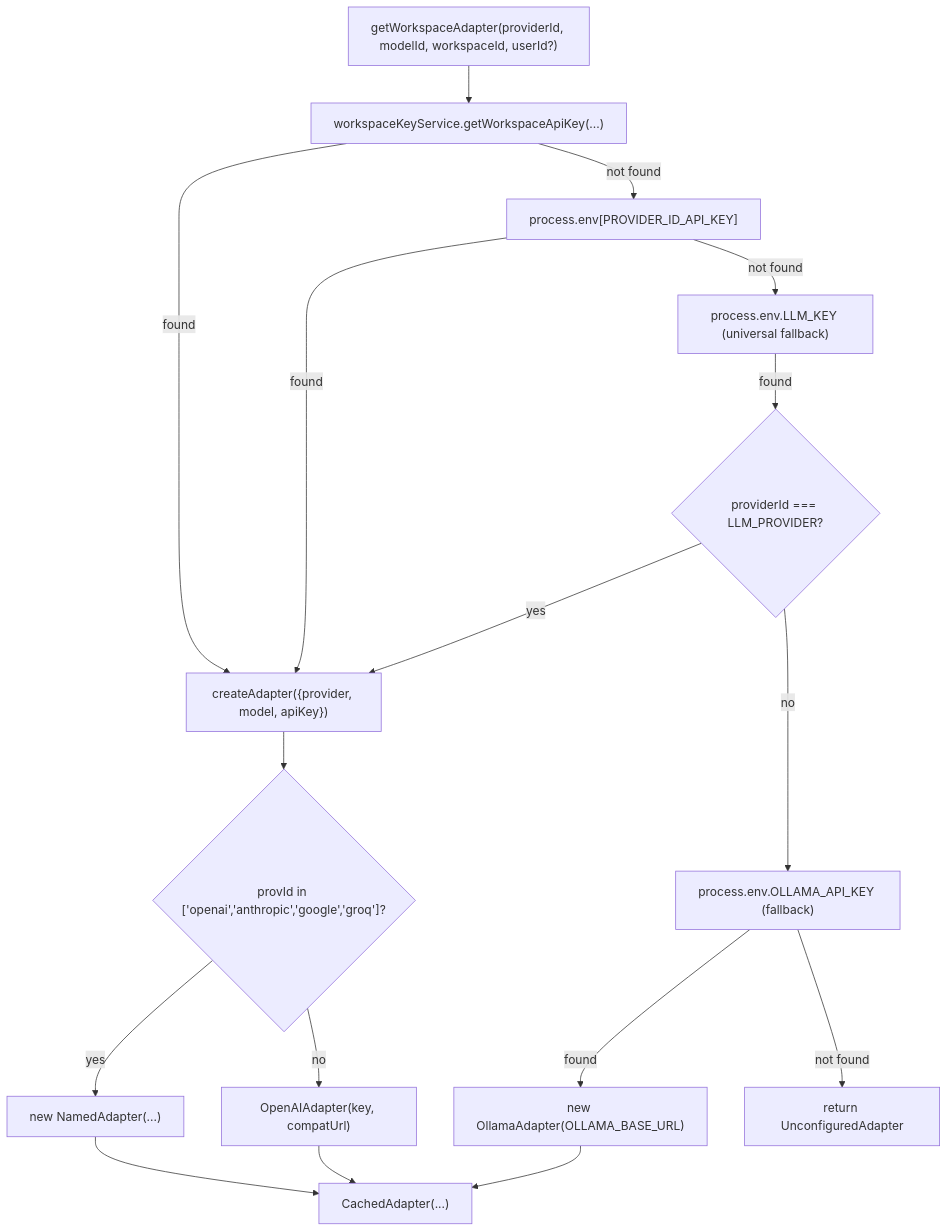
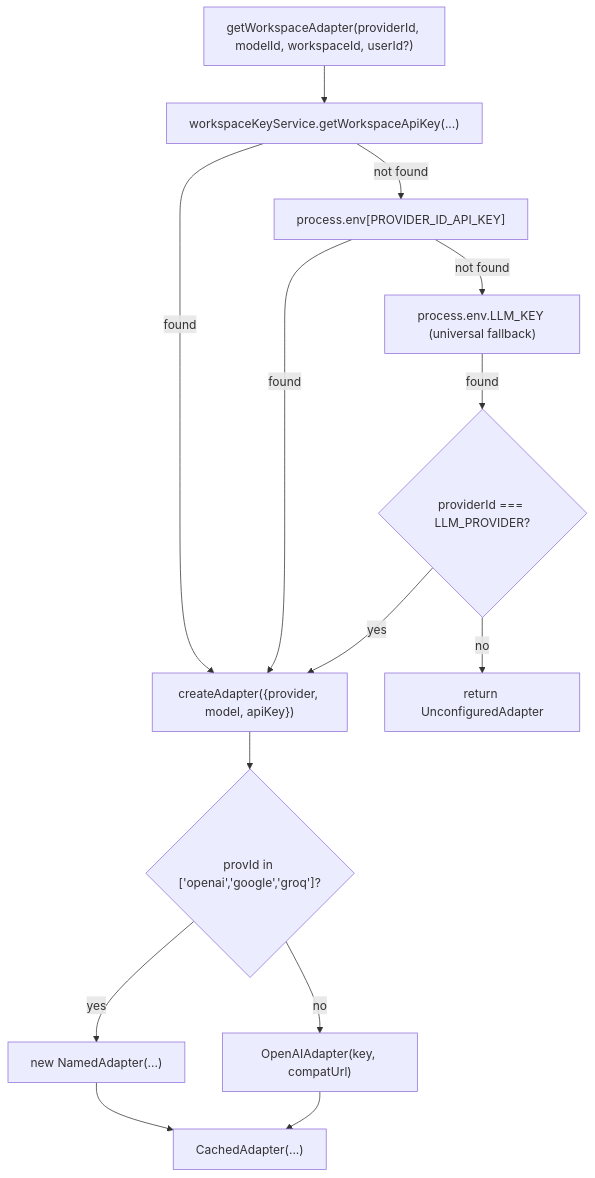
Before and after one commit to shekhargiri005-dotcom/AI-powered-accessibility-first-UI-engine: the sixth of 8 diagrams in .qoder/repowiki/en/content/AI Generation Engine/AI Provider Adapters/AI Provider Adapters.md, drawn with Mermaid. The commit also changed other lines of this file and 10 other files, not shown here.

````diff
--- a/.qoder/repowiki/en/content/AI Generation Engine/AI Provider Adapters/AI Provider Adapters.md
+++ b/.qoder/repowiki/en/content/AI Generation Engine/AI Provider Adapters/AI Provider Adapters.md
@@ -289,19 +260,16 @@
 ```mermaid
 flowchart TD
 A["getWorkspaceAdapter(providerId, modelId, workspaceId, userId?)"] --> B["workspaceKeyService.getWorkspaceApiKey(...)"]
 B --> |found| C["createAdapter({provider, model, apiKey})"]
 B --> |not found| D["process.env[PROVIDER_ID_API_KEY]"]
 D --> |found| C
 D --> |not found| E["process.env.LLM_KEY (universal fallback)"]
 E --> |found| F{"providerId === LLM_PROVIDER?"}
 F --> |yes| C
-F --> |no| G["process.env.OLLAMA_API_KEY (fallback)"]
-G --> |found| H["new OllamaAdapter(OLLAMA_BASE_URL)"]
-G --> |not found| I["return UnconfiguredAdapter"]
-C --> J{"provId in ['openai','anthropic','google','groq']?"}
+F --> |no| I["return UnconfiguredAdapter"]
+C --> J{"provId in ['openai','google','groq']?"}
 J --> |yes| K["new NamedAdapter(...)"]
 J --> |no| L["OpenAIAdapter(key, compatUrl)"]
 K --> M["CachedAdapter(...)"]
 L --> M
-H --> M
 ```
````
